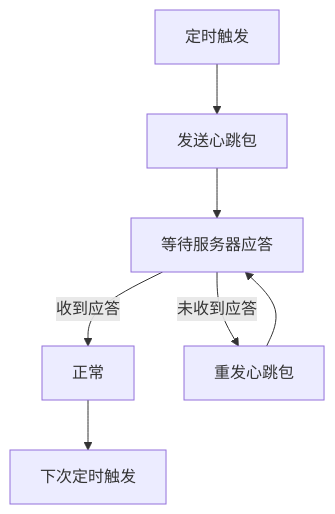
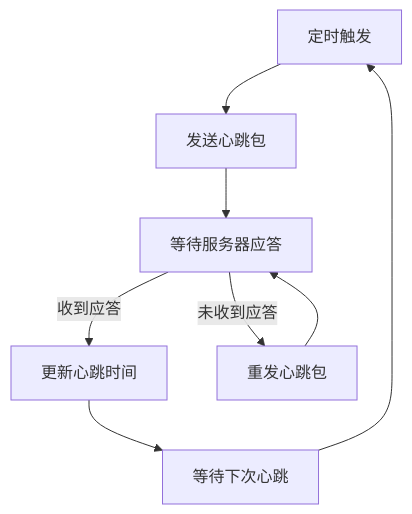
Diagram 11 of 17 in docs/iot_master_slave_architecture_all.md (taoyao-code/iot-zinx), drawn with Mermaid before and after one commit. The commit also changed other lines of this file and 7 other files, not shown here.

````diff
--- a/docs/iot_master_slave_architecture_all.md
+++ b/docs/iot_master_slave_architecture_all.md
@@ -124,10 +287,11 @@
 ```mermaid
 flowchart TD
     定时触发 --> 发送心跳包
     发送心跳包 --> 等待服务器应答
-    等待服务器应答 -- "收到应答" --> 正常
+    等待服务器应答 -- "收到应答" --> 更新心跳时间
     等待服务器应答 -- "未收到应答" --> 重发心跳包
     重发心跳包 --> 等待服务器应答
-    正常 --> 下次定时触发
-    %% 说明：主机和分机心跳机制，保证设备在线状态
+    更新心跳时间 --> 等待下次心跳
+    等待下次心跳 --> 定时触发
+    %% 说明：设备心跳机制，保证设备在线状态监控
 ```
````
